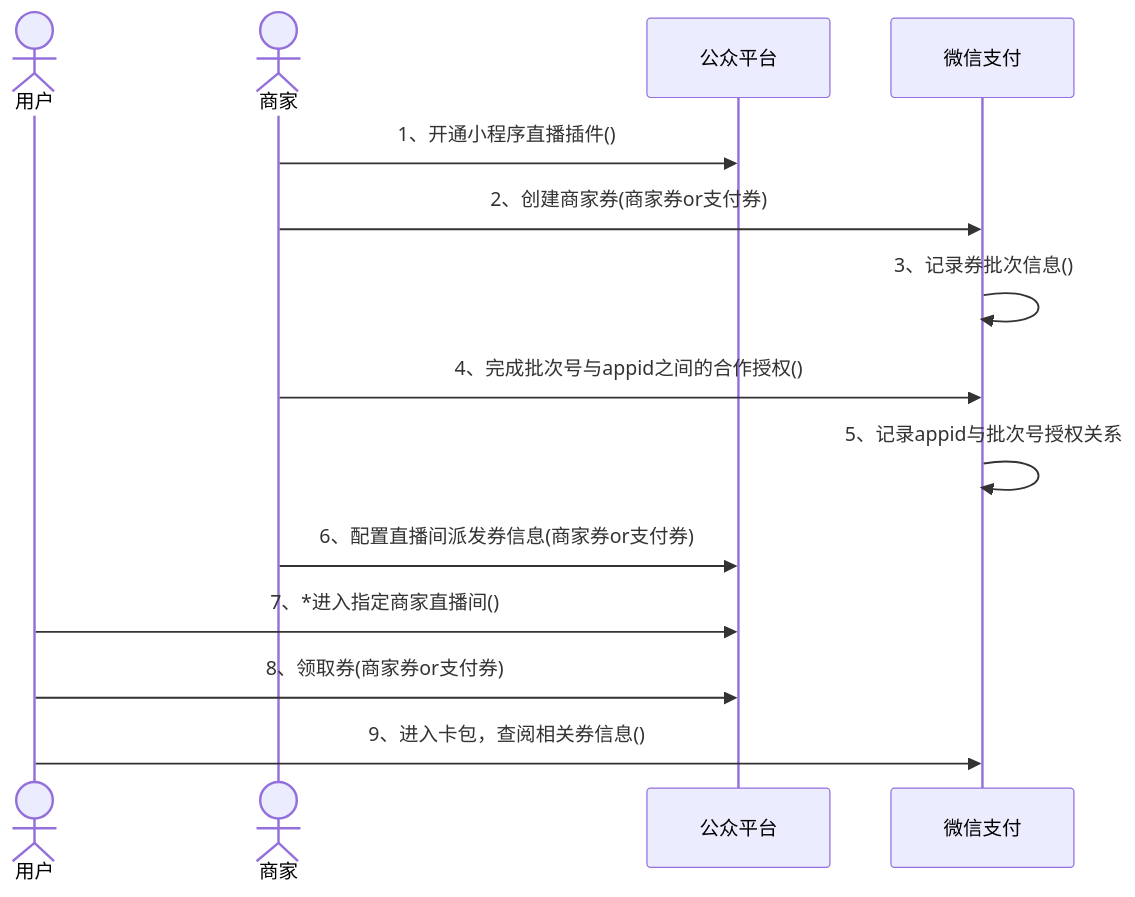
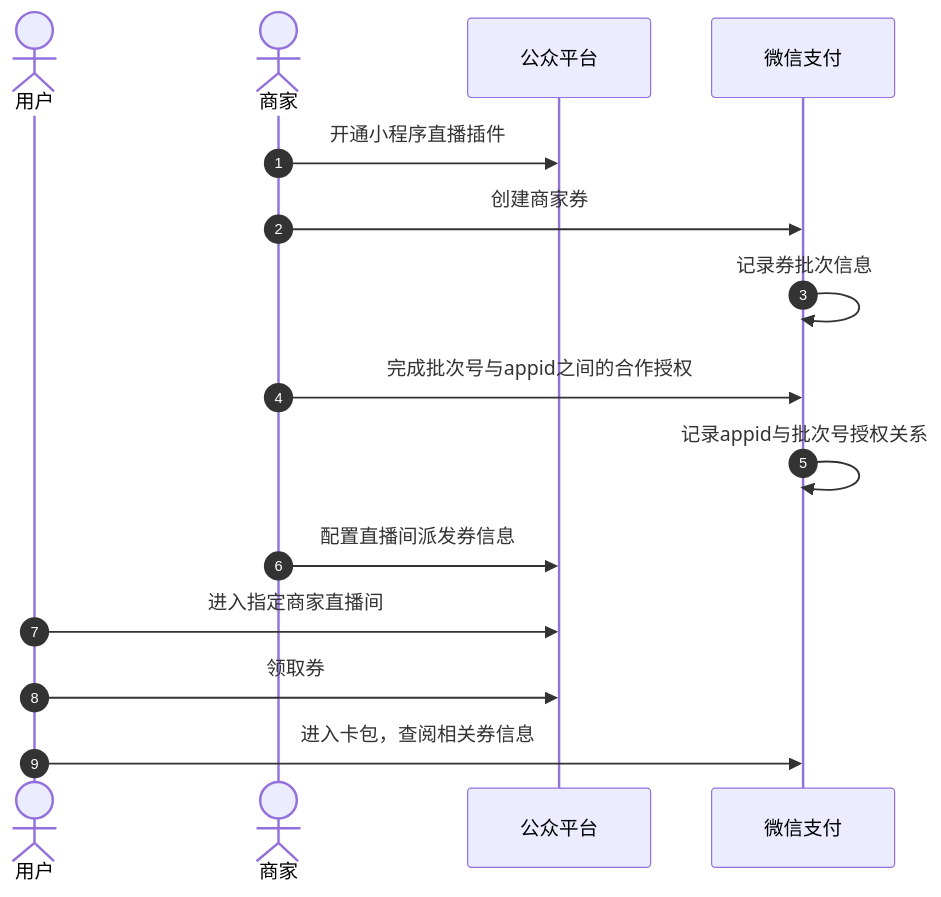
Before and after one commit to minibear2021/wechatpay_docs: the diagram in docs/partner/pages/4012071998.md, drawn with Mermaid. The commit also changed other lines of this file and 46 other files, not shown here.

````diff
--- a/docs/partner/pages/4012071998.md
+++ b/docs/partner/pages/4012071998.md
@@ -17,17 +17,17 @@
 ```mermaid
 sequenceDiagram
-        actor User as 用户
-        actor P2 as 商家
-        participant P3 as 公众平台
-        participant WxPay as 微信支付
-
-        P2->>P3: 1、开通小程序直播插件()
-        P2->>WxPay: 2、创建商家券(商家券or支付券)
-        WxPay->>WxPay: 3、记录券批次信息()
-        P2->>WxPay: 4、完成批次号与appid之间的合作授权()
-        WxPay->>WxPay: 5、记录appid与批次号授权关系
-        P2->>P3: 6、配置直播间派发券信息(商家券or支付券)
-        User->>P3: 7、*进入指定商家直播间()
-        User->>P3: 8、领取券(商家券or支付券)
-        User->>WxPay: 9、进入卡包，查阅相关券信息()
+  autonumber
+  actor p0 as 用户
+  actor p1 as 商家
+  participant p2 as 公众平台
+  participant p3 as 微信支付
+  p1->>p2: 开通小程序直播插件
+  p1->>p3: 创建商家券
+  p3->>p3: 记录券批次信息
+  p1->>p3: 完成批次号与appid之间的合作授权
+  p3->>p3: 记录appid与批次号授权关系
+  p1->>p2: 配置直播间派发券信息
+  p0->>p2: 进入指定商家直播间
+  p0->>p2: 领取券
+  p0->>p3: 进入卡包，查阅相关券信息
 ```
````
